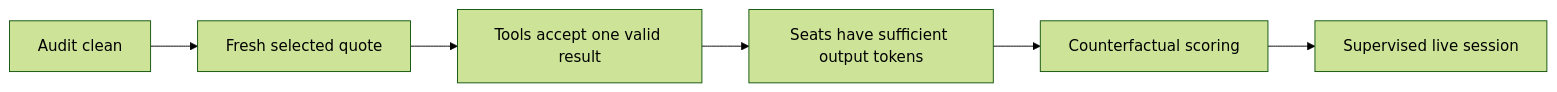
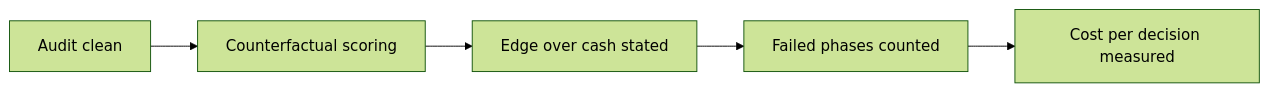
Before and after one commit to xakpc/Alpaca.NoIdea: the second of 2 diagrams in .lode/plans/after-session-improvements.md, drawn with Mermaid (forest theme). The commit also changed other lines of this file and 18 other files, not shown here.

````diff
--- a/.lode/plans/after-session-improvements.md
+++ b/.lode/plans/after-session-improvements.md
@@ -226,8 +106,7 @@
 ```mermaid
 flowchart LR
-    A[Audit clean] --> Q[Fresh selected quote]
-    Q --> T[Tools accept one valid result]
-    T --> S[Seats have sufficient output tokens]
-    S --> C[Counterfactual scoring]
-    C --> L[Supervised live session]
+    A[Audit clean] --> B[Counterfactual scoring]
+    B --> C[Edge over cash stated]
+    C --> D[Failed phases counted]
+    D --> E[Cost per decision measured]
 ```
````
